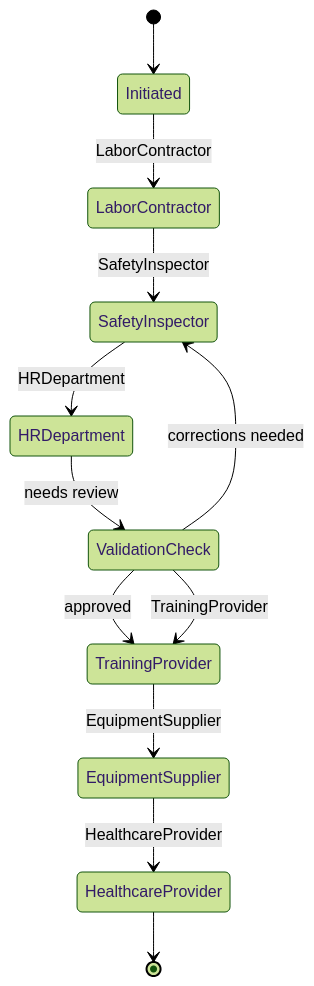
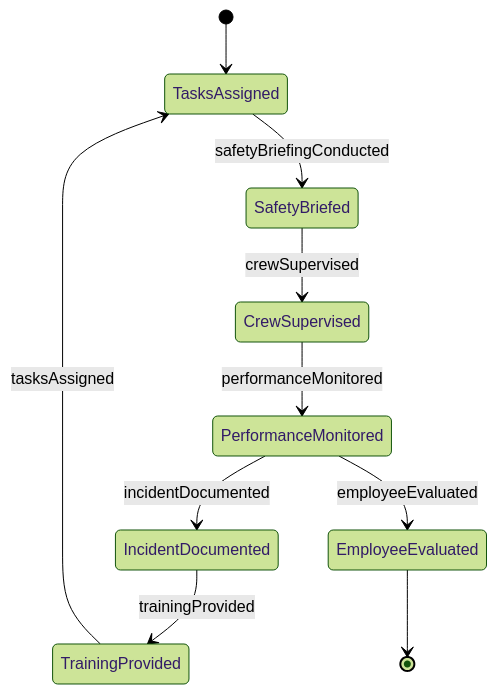
One commit to dot-org-ai/tasks.org.ai changed the second of 4 diagrams in GuidingDirectingAndMotivatingSubordinates/ManageAgriculturalOrForestryOperations/DirectActivitiesAgriculturalForestryFishery.mdx. Above: the diagram before and after it, drawn with Mermaid (forest theme). The commit also changed other lines of this file and 515 other files, not shown here.

````diff
--- a/GuidingDirectingAndMotivatingSubordinates/ManageAgriculturalOrForestryOperations/DirectActivitiesAgriculturalForestryFishery.mdx
+++ b/GuidingDirectingAndMotivatingSubordinates/ManageAgriculturalOrForestryOperations/DirectActivitiesAgriculturalForestryFishery.mdx
@@ -103,14 +101,12 @@
 ```mermaid
 stateDiagram-v2
-    [*] --> Initiated
-    Initiated --> LaborContractor: LaborContractor
-    LaborContractor --> SafetyInspector: SafetyInspector
-    SafetyInspector --> HRDepartment: HRDepartment
-    HRDepartment --> ValidationCheck: needs review
-    ValidationCheck --> SafetyInspector: corrections needed
-    ValidationCheck --> TrainingProvider: approved
-    ValidationCheck --> TrainingProvider: TrainingProvider
-    TrainingProvider --> EquipmentSupplier: EquipmentSupplier
-    EquipmentSupplier --> HealthcareProvider: HealthcareProvider
-    HealthcareProvider --> [*]
+    [*] --> TasksAssigned
+    TasksAssigned --> SafetyBriefed : safetyBriefingConducted
+    SafetyBriefed --> CrewSupervised : crewSupervised
+    CrewSupervised --> PerformanceMonitored : performanceMonitored
+    PerformanceMonitored --> IncidentDocumented : incidentDocumented
+    IncidentDocumented --> TrainingProvided : trainingProvided
+    TrainingProvided --> TasksAssigned : tasksAssigned
+    PerformanceMonitored --> EmployeeEvaluated : employeeEvaluated
+    EmployeeEvaluated --> [*]
 ```
````
